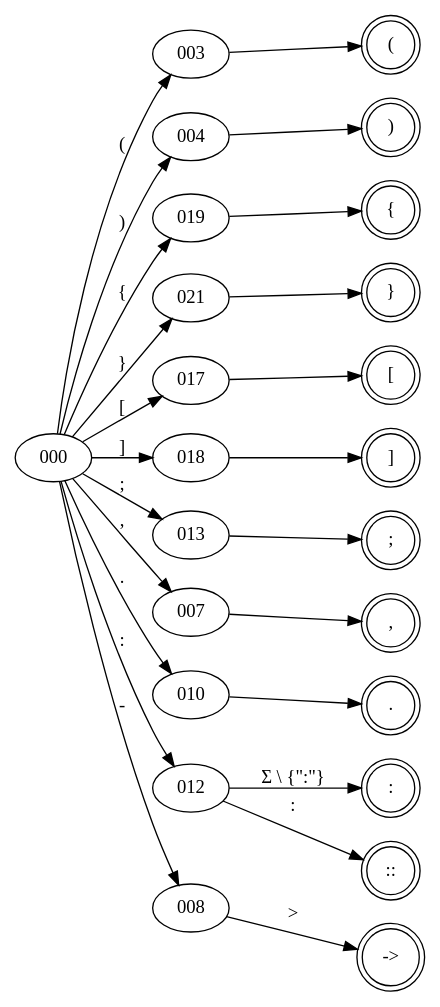
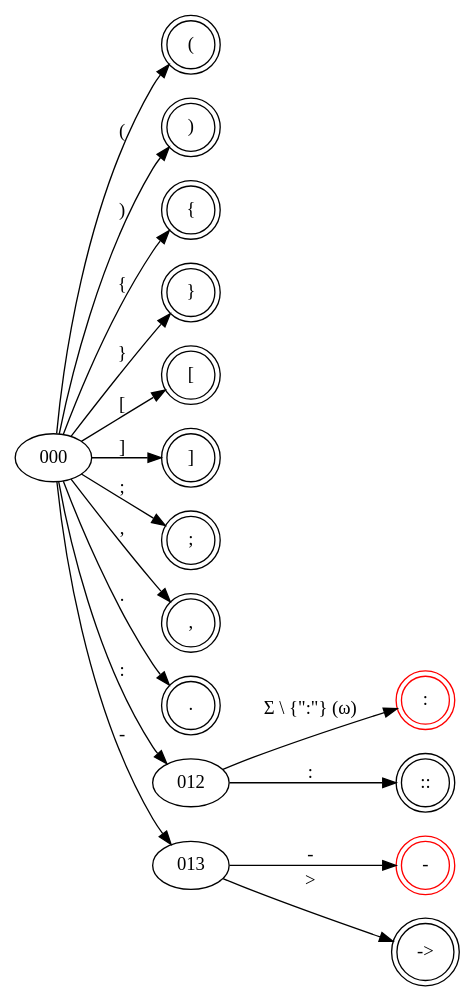
Before and after one commit to yum-feng/comp6421-compiler-design: the sixth of 7 diagrams in document.org, drawn with Graphviz. The commit also changed other lines of this file, not shown here.

Commit message:
finish graph, but still need to add disclaimers

```diff
--- a/document.org
+++ b/document.org
@@ -411,33 +428,39 @@
    #+begin_src dot file :file dfa-punctuation.png
      digraph {
        rankdir="LR"
+     
+       // punctuation
      
        "("  [shape="doublecircle"];
        ")"  [shape="doublecircle"];
        "{"  [shape="doublecircle"];     
          "}"  [shape="doublecircle"];
          "["  [shape="doublecircle"];
          "]"  [shape="doublecircle"];
          ";"  [shape="doublecircle"];
          ","  [shape="doublecircle"];
          "."  [shape="doublecircle"];         
-         ":"  [shape="doublecircle"];
+         ":"  [shape="doublecircle",color=red];
          "::" [shape="doublecircle"];
+         "-" [shape="doublecircle",color=red];
          "->" [shape="doublecircle"];
      
-         000 -> 003 [label = "("]; 003 -> "(";
-         000 -> 004 [label = ")"]; 004 -> ")";
-         000 -> 019 [label = "{"]; 019 -> "{";
-           000 -> 021 [label = "}"]; 021 -> "}";
-           000 -> 017 [label = "["]; 017 -> "[";
-           000 -> 018 [label = "]"]; 018 -> "]";           
-           000 -> 013 [label = ";"]; 013 -> ";";
-           000 -> 007 [label = ","]; 007 -> ",";
-           000 -> 010 [label = "."]; 010 -> ".";
-           000 -> 012 [label = ":"]; 012 -> ":" [label = "Σ \\ {\":\"}"];
+     
+         // lexical specification
+         // punctuation :==  "(" ")" "," "->" "."  ":" "::" ";" "[" "]" "{" "}"
+     
+         000 -> "(" [label = "("]; 
+         000 -> ")" [label = ")"];
+         000 -> "{" [label = "{"];
+           000 -> "}" [label = "}"];
+           000 -> "[" [label = "["];
+           000 -> "]" [label = "]"];
+           000 -> ";" [label = ";"];
+           000 -> "," [label = ","];
+           000 -> "." [label = "."];
+           000 -> 012 [label = ":"]; 012 -> ":" [label = "Σ \\ {\":\"} (ω)"];
            /*                     */ 012 -> "::" [label = ":"];
-           000 -> 008 [label = "-"]; 
-           /*                     */ 008 -> "->" [label = ">"];
-     
+           000 -> 013 [label = "-"]; 013 -> "-" [label = "-"];
+           /*                     */ 013 -> "->" [label = ">"];
      }
    #+end_src
```
